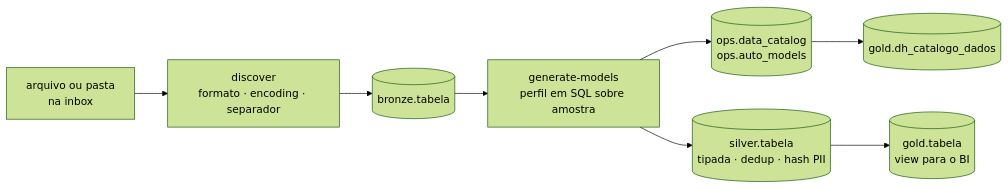
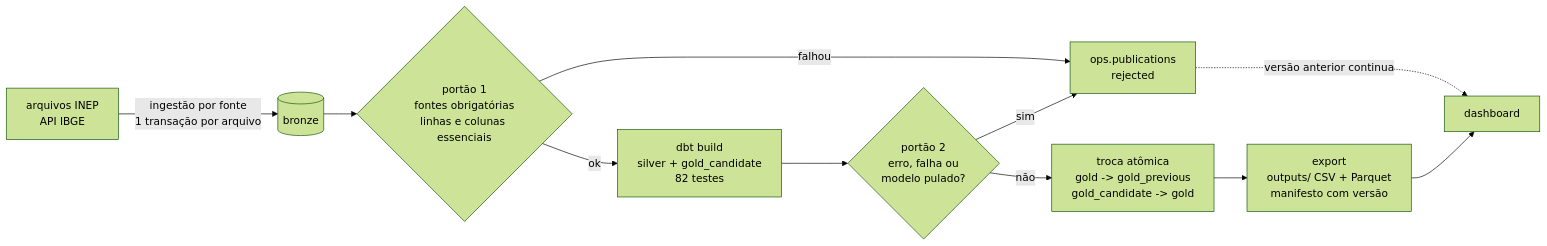
Before and after one commit to FellypeLimadaSilva/datahack: the diagram in docs/arquitetura.md, drawn with Mermaid (forest theme). The commit also changed other lines of this file and 42 other files, not shown here.

First line of the commit message:
feat: dashboard por blocos, documentação da nova arquitetura e outputs de prévia

````diff
--- a/docs/arquitetura.md
+++ b/docs/arquitetura.md
@@ -148,10 +32,13 @@
 ```mermaid
 flowchart LR
-    A[arquivo ou pasta<br/>na inbox] --> D[discover<br/>formato · encoding · separador]
-    D --> B[(bronze.tabela)]
-    B --> P[generate-models<br/>perfil em SQL sobre amostra]
-    P --> C[(ops.data_catalog<br/>ops.auto_models)]
-    P --> S[(silver.tabela<br/>tipada · dedup · hash PII)]
-    S --> G[(gold.tabela<br/>view para o BI)]
-    C --> K[(gold.dh_catalogo_dados)]
+    A[arquivos INEP<br/>API IBGE] -->|ingestão por fonte<br/>1 transação por arquivo| B[(bronze)]
+    B --> G1{portão 1<br/>fontes obrigatórias<br/>linhas e colunas essenciais}
+    G1 -->|falhou| R[ops.publications<br/>rejected]
+    G1 -->|ok| D[dbt build<br/>silver + gold_candidate<br/>82 testes]
+    D --> G2{portão 2<br/>erro, falha ou<br/>modelo pulado?}
+    G2 -->|sim| R
+    G2 -->|não| P[troca atômica<br/>gold -> gold_previous<br/>gold_candidate -> gold]
+    P --> E[export<br/>outputs/ CSV + Parquet<br/>manifesto com versão]
+    E --> S[dashboard]
+    R -.->|versão anterior continua| S
 ```
````
